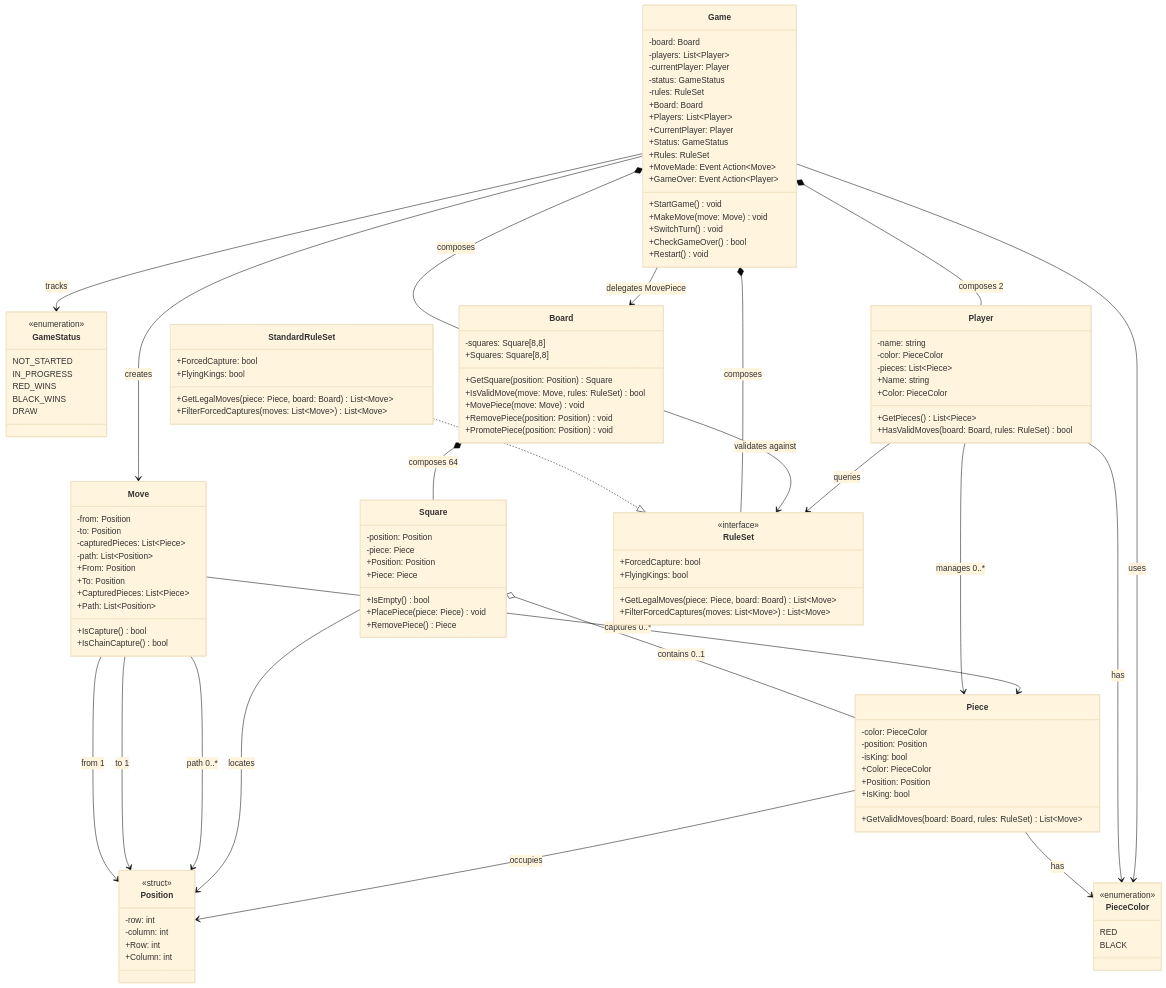
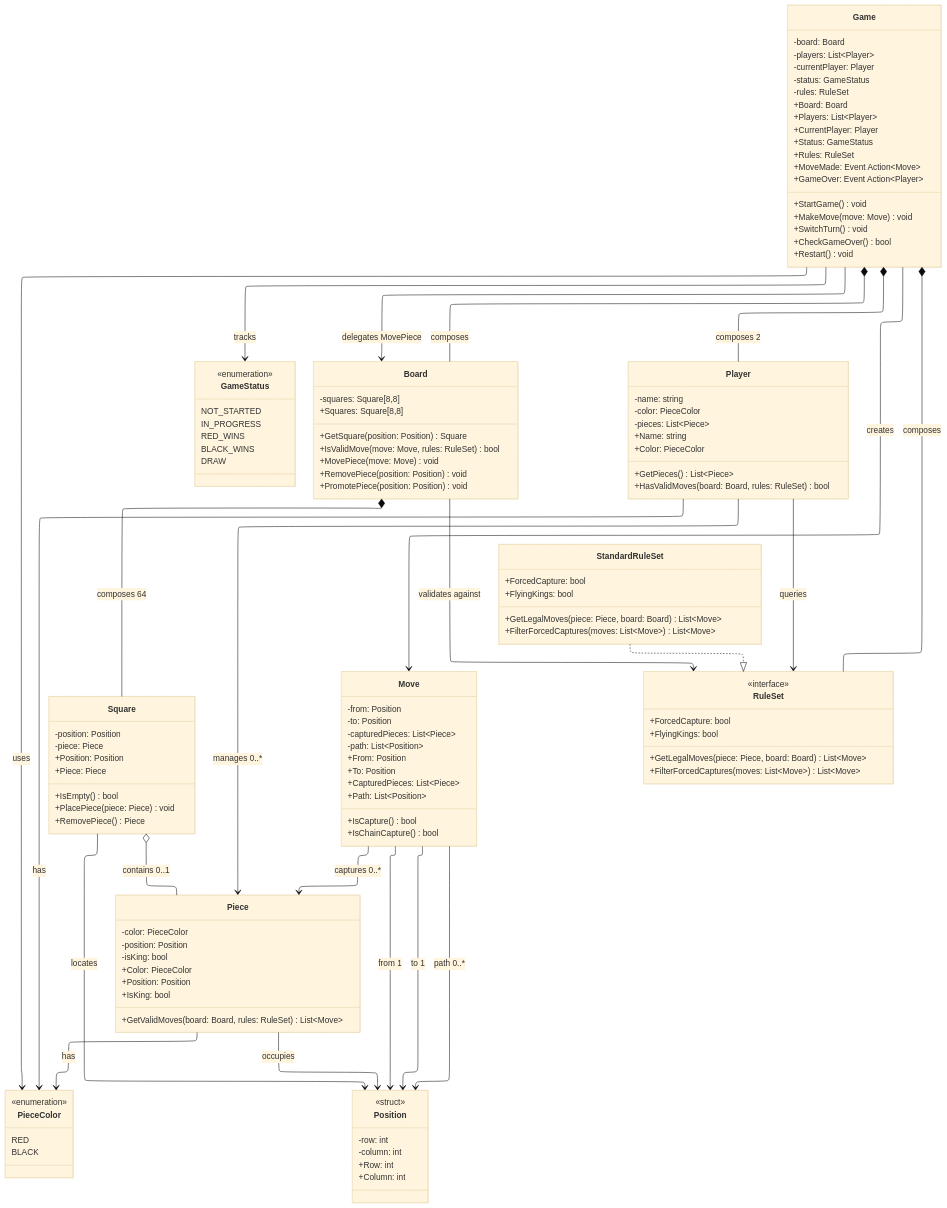
Before and after one commit to Dvizio/Batch20: the diagram in CheckersBoardgameClassDiagram/mermaid.md, drawn with Mermaid (base theme). The commit also changed 1 other file, not shown here.

Commit message:
** around and find out

````diff
--- a/CheckersBoardgameClassDiagram/mermaid.md
+++ b/CheckersBoardgameClassDiagram/mermaid.md
@@ -1,5 +1,8 @@
 ```mermaid
-
+---
+config:
+  layout: elk
+---
 classDiagram
   direction TB
 
````
